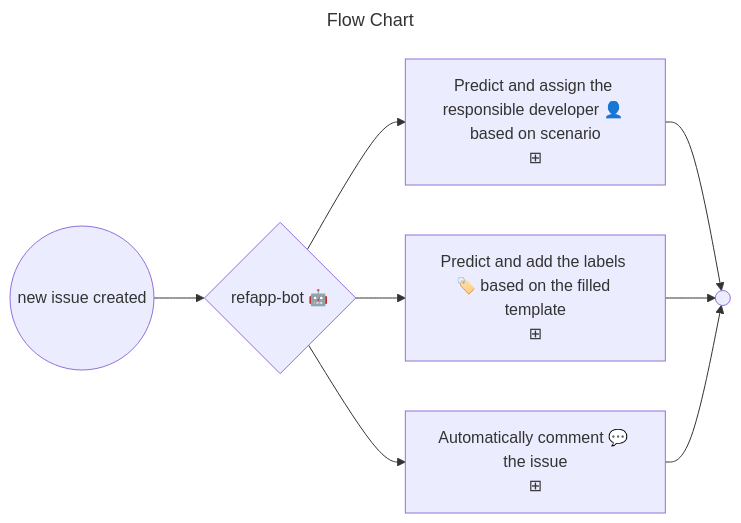
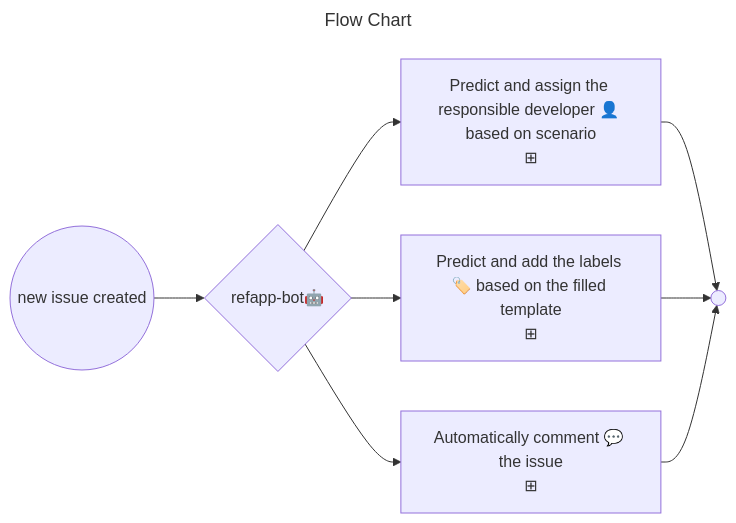
Before and after one commit to ejazsyed/validation-issue: the diagram in README.md, drawn with Mermaid.

Commit message:
issu-bot

````diff
--- a/README.md
+++ b/README.md
@@ -6,13 +6,13 @@
 ```mermaid
 ---
 title: Flow Chart
 ---
 flowchart LR
-    start((new issue created)) --> p1{refapp-bot 🤖 }
+    start((new issue created)) --> p1{refapp-bot🤖}
     p1 --> assignee["Predict and assign the responsible developer 👤 based on scenario\n⊞"]
     p1 --> label["Predict and add the labels 🏷️ based on the filled template\n⊞"]
     p1 --> comment["Automatically comment 💬 the issue\n⊞"]
     assignee --> e1(( ))
     label --> e1
     comment --> e1
 ```
````
